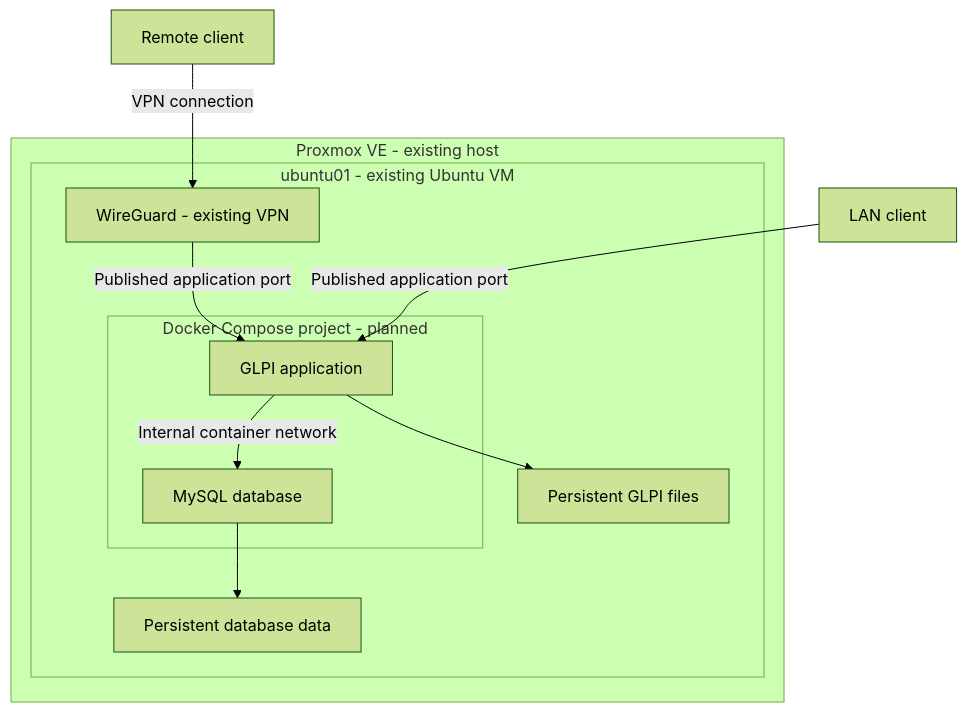
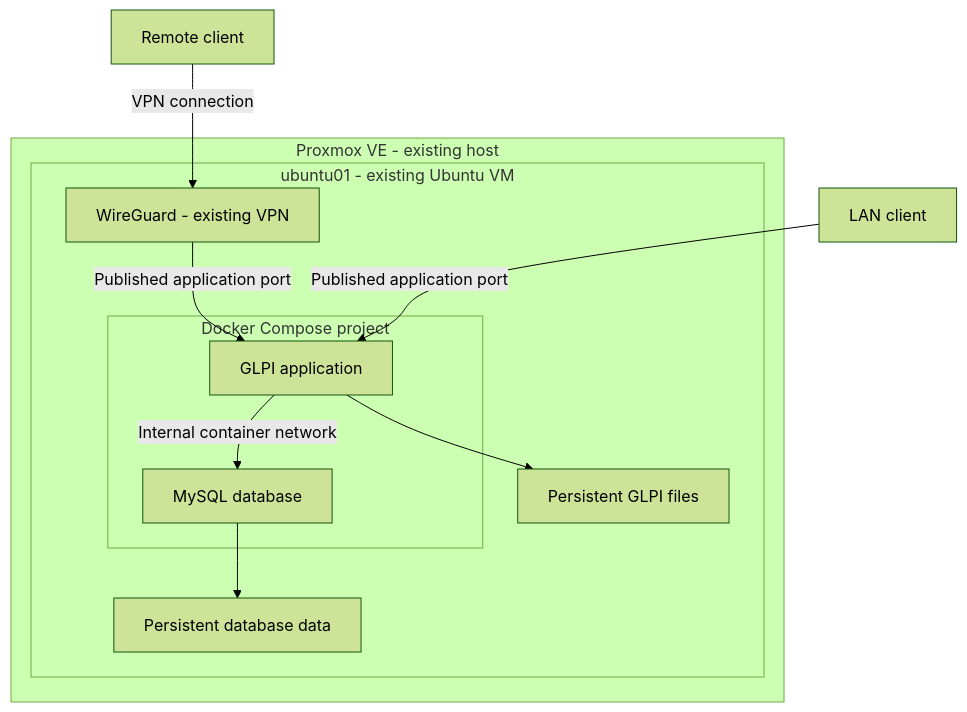
Before and after one commit to ali-turkoglu/IT-HomeLab-Docker-Containers: the diagram in README.md, drawn with Mermaid (forest theme). The commit also changed other lines of this file, not shown here.

First line of the commit message:
Revise README for project completion and updates

````diff
--- a/README.md
+++ b/README.md
@@ -101,24 +97,24 @@
 ```mermaid
 flowchart TD
     LAN["LAN client"]
     Remote["Remote client"]
 
     subgraph Proxmox["Proxmox VE - existing host"]
         subgraph Ubuntu["ubuntu01 - existing Ubuntu VM"]
             WG["WireGuard - existing VPN"]
-            subgraph Docker["Docker Compose project - planned"]
+            subgraph Docker["Docker Compose project"]
                 GLPI["GLPI application"]
                 DB["MySQL database"]
                 GLPI -->|Internal container network| DB
             end
             Files["Persistent GLPI files"]
             Data["Persistent database data"]
             WG -->|Published application port| GLPI
             GLPI --> Files
             DB --> Data
         end
     end
 
     LAN -->|Published application port| GLPI
     Remote -->|VPN connection| WG
 ```
````
